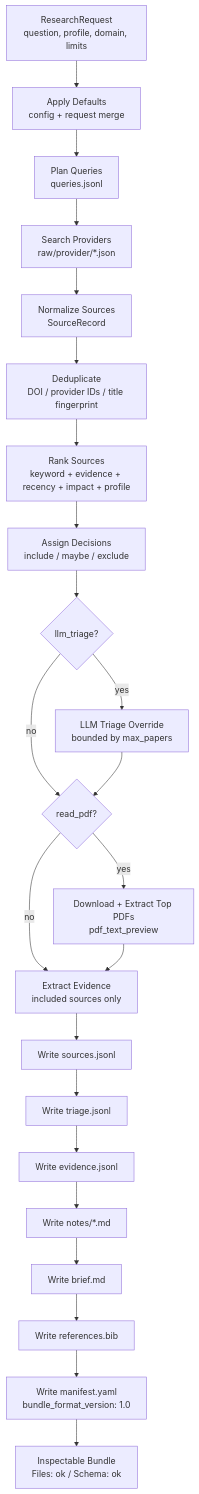
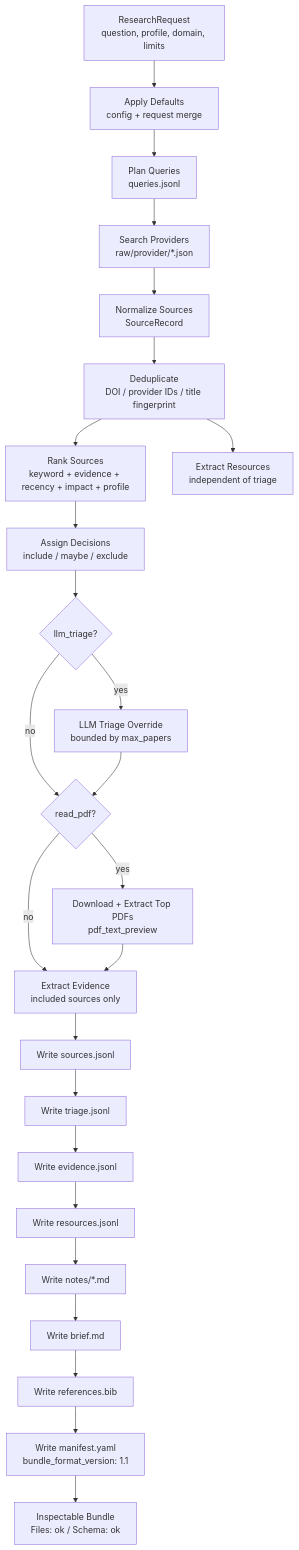
One commit to Jianxinnn/Scholar-Forge changed the second of 4 diagrams in docs/architecture-diagram.md. Above: the diagram before and after it, drawn with Mermaid. The commit also changed other lines of this file and 14 other files, not shown here.

````diff
--- a/docs/architecture-diagram.md
+++ b/docs/architecture-diagram.md
@@ -47,28 +48,30 @@
 ```mermaid
 flowchart TD
     Start["ResearchRequest<br/>question, profile, domain, limits"] --> Defaults["Apply Defaults<br/>config + request merge"]
     Defaults --> Plan["Plan Queries<br/>queries.jsonl"]
     Plan --> Search["Search Providers<br/>raw/provider/*.json"]
     Search --> Normalize["Normalize Sources<br/>SourceRecord"]
     Normalize --> Dedupe["Deduplicate<br/>DOI / provider IDs / title fingerprint"]
     Dedupe --> Rank["Rank Sources<br/>keyword + evidence + recency + impact + profile"]
+    Dedupe --> Resources["Extract Resources<br/>independent of triage"]
     Rank --> Threshold["Assign Decisions<br/>include / maybe / exclude"]
     Threshold --> MaybeLLM{"llm_triage?"}
 
     MaybeLLM -- "yes" --> LLMTriage["LLM Triage Override<br/>bounded by max_papers"]
     MaybeLLM -- "no" --> MaybePDF{"read_pdf?"}
     LLMTriage --> MaybePDF
 
     MaybePDF -- "yes" --> ReadPDF["Download + Extract Top PDFs<br/>pdf_text_preview"]
     MaybePDF -- "no" --> Evidence
     ReadPDF --> Evidence["Extract Evidence<br/>included sources only"]
 
     Evidence --> Sources["Write sources.jsonl"]
     Sources --> Triage["Write triage.jsonl"]
     Triage --> EvidenceFile["Write evidence.jsonl"]
-    EvidenceFile --> Notes["Write notes/*.md"]
+    EvidenceFile --> ResourcesFile["Write resources.jsonl"]
+    ResourcesFile --> Notes["Write notes/*.md"]
     Notes --> Brief["Write brief.md"]
     Brief --> Bib["Write references.bib"]
-    Bib --> Manifest["Write manifest.yaml<br/>bundle_format_version: 1.0"]
+    Bib --> Manifest["Write manifest.yaml<br/>bundle_format_version: 1.1"]
     Manifest --> Done["Inspectable Bundle<br/>Files: ok / Schema: ok"]
 ```
````
